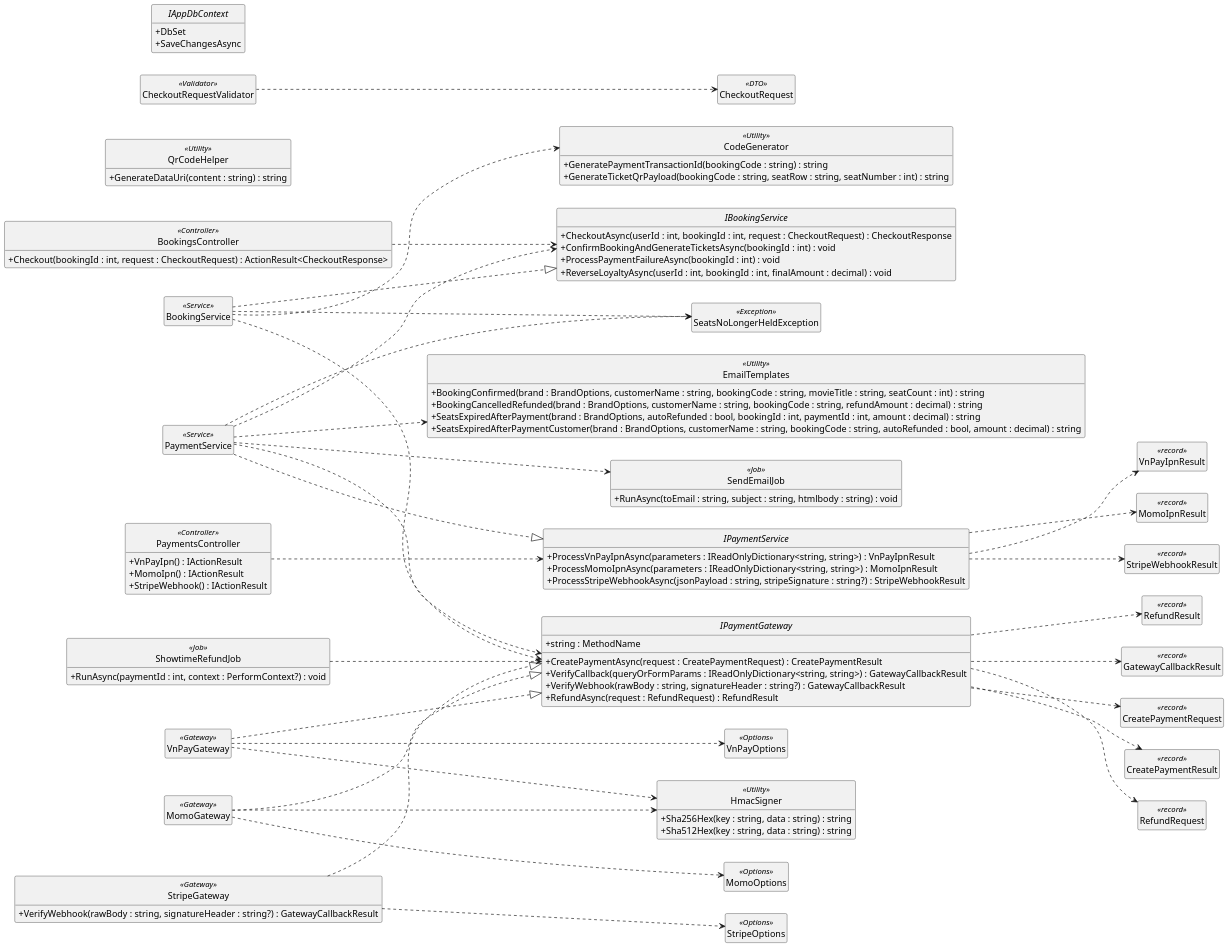
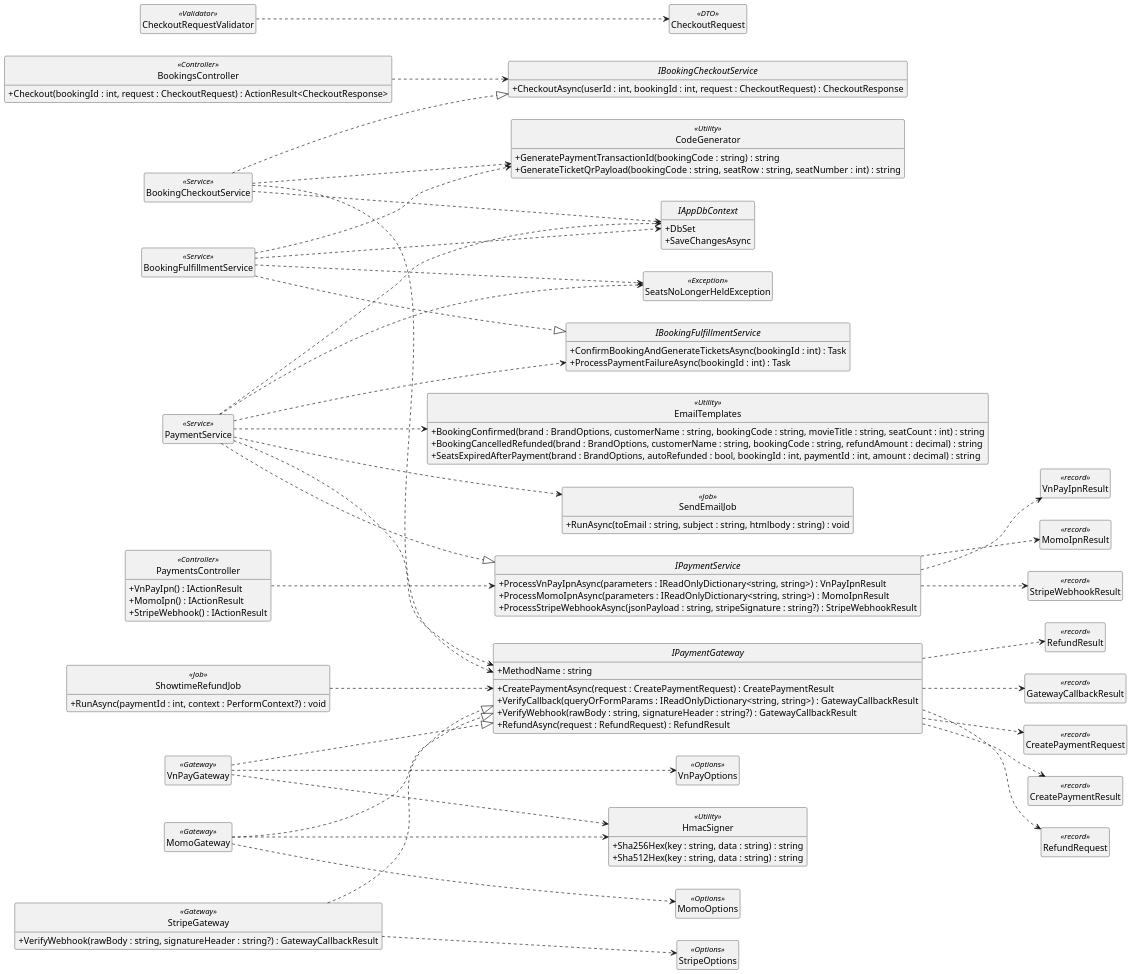
Before and after one commit to nguyenhiennnnn/cinema-v2: the diagram in docs/so-do/plantuml/hinh-4-10.puml, drawn with PlantUML. The commit also changed 24 other files, not shown here.

```diff
--- a/docs/so-do/plantuml/hinh-4-10.puml
+++ b/docs/so-do/plantuml/hinh-4-10.puml
@@ -1,116 +1,146 @@
 @startuml
 skinparam monochrome true
 skinparam shadowing false
 skinparam defaultFontName "Times New Roman"
 skinparam classAttributeIconSize 0
 skinparam dpi 150
 skinparam nodesep 35
 skinparam ranksep 55
 left to right direction
 hide circle
 hide empty members
+
 class BookingsController <<Controller>> {
   +Checkout(bookingId : int, request : CheckoutRequest) : ActionResult<CheckoutResponse>
 }
+
 class PaymentsController <<Controller>> {
   +VnPayIpn() : IActionResult
   +MomoIpn() : IActionResult
   +StripeWebhook() : IActionResult
 }
-interface IBookingService {
+
+interface IBookingCheckoutService {
   +CheckoutAsync(userId : int, bookingId : int, request : CheckoutRequest) : CheckoutResponse
-  +ConfirmBookingAndGenerateTicketsAsync(bookingId : int) : void
-  +ProcessPaymentFailureAsync(bookingId : int) : void
-  +ReverseLoyaltyAsync(userId : int, bookingId : int, finalAmount : decimal) : void
 }
+
+interface IBookingFulfillmentService {
+  +ConfirmBookingAndGenerateTicketsAsync(bookingId : int) : Task
+  +ProcessPaymentFailureAsync(bookingId : int) : Task
+}
+
 interface IPaymentService {
   +ProcessVnPayIpnAsync(parameters : IReadOnlyDictionary<string, string>) : VnPayIpnResult
   +ProcessMomoIpnAsync(parameters : IReadOnlyDictionary<string, string>) : MomoIpnResult
   +ProcessStripeWebhookAsync(jsonPayload : string, stripeSignature : string?) : StripeWebhookResult
 }
+
 interface IPaymentGateway {
-  +string : MethodName
+  +MethodName : string
   +CreatePaymentAsync(request : CreatePaymentRequest) : CreatePaymentResult
   +VerifyCallback(queryOrFormParams : IReadOnlyDictionary<string, string>) : GatewayCallbackResult
   +VerifyWebhook(rawBody : string, signatureHeader : string?) : GatewayCallbackResult
   +RefundAsync(request : RefundRequest) : RefundResult
 }
-class BookingService <<Service>>
+
+class BookingCheckoutService <<Service>>
+class BookingFulfillmentService <<Service>>
 class PaymentService <<Service>>
 class VnPayGateway <<Gateway>>
 class MomoGateway <<Gateway>>
 class StripeGateway <<Gateway>> {
   +VerifyWebhook(rawBody : string, signatureHeader : string?) : GatewayCallbackResult
 }
+
 class ShowtimeRefundJob <<Job>> {
   +RunAsync(paymentId : int, context : PerformContext?) : void
 }
+
 class SendEmailJob <<Job>> {
   +RunAsync(toEmail : string, subject : string, htmlbody : string) : void
 }
+
 class HmacSigner <<Utility>> {
   +Sha256Hex(key : string, data : string) : string
   +Sha512Hex(key : string, data : string) : string
 }
+
 class EmailTemplates <<Utility>> {
   +BookingConfirmed(brand : BrandOptions, customerName : string, bookingCode : string, movieTitle : string, seatCount : int) : string
   +BookingCancelledRefunded(brand : BrandOptions, customerName : string, bookingCode : string, refundAmount : decimal) : string
   +SeatsExpiredAfterPayment(brand : BrandOptions, autoRefunded : bool, bookingId : int, paymentId : int, amount : decimal) : string
-  +SeatsExpiredAfterPaymentCustomer(brand : BrandOptions, customerName : string, bookingCode : string, autoRefunded : bool, amount : decimal) : string
 }
-class QrCodeHelper <<Utility>> {
-  +GenerateDataUri(content : string) : string
-}
+
 class CodeGenerator <<Utility>> {
   +GeneratePaymentTransactionId(bookingCode : string) : string
   +GenerateTicketQrPayload(bookingCode : string, seatRow : string, seatNumber : int) : string
 }
+
 class SeatsNoLongerHeldException <<Exception>>
 class VnPayOptions <<Options>>
 class MomoOptions <<Options>>
 class StripeOptions <<Options>>
+
 class GatewayCallbackResult <<record>>
 class CreatePaymentRequest <<record>>
 class CreatePaymentResult <<record>>
 class VnPayIpnResult <<record>>
 class MomoIpnResult <<record>>
 class StripeWebhookResult <<record>>
 class RefundRequest <<record>>
 class RefundResult <<record>>
 class CheckoutRequestValidator <<Validator>>
+
 interface IAppDbContext {
   +DbSet
   +SaveChangesAsync
 }
+
 class CheckoutRequest <<DTO>>
-BookingsController ..> IBookingService
+
+BookingsController ..> IBookingCheckoutService
 PaymentsController ..> IPaymentService
-BookingService ..|> IBookingService
+
+BookingCheckoutService ..|> IBookingCheckoutService
+BookingFulfillmentService ..|> IBookingFulfillmentService
 PaymentService ..|> IPaymentService
+
 VnPayGateway ..|> IPaymentGateway
 MomoGateway ..|> IPaymentGateway
 StripeGateway ..|> IPaymentGateway
-PaymentService ..> IBookingService
+
+PaymentService ..> IBookingFulfillmentService
 PaymentService ..> IPaymentGateway
 PaymentService ..> SendEmailJob
 PaymentService ..> EmailTemplates
 PaymentService ..> SeatsNoLongerHeldException
-BookingService ..> IPaymentGateway
-BookingService ..> SeatsNoLongerHeldException
-BookingService ..> CodeGenerator
+
+BookingCheckoutService ..> IPaymentGateway
+BookingCheckoutService ..> CodeGenerator
+
+BookingFulfillmentService ..> CodeGenerator
+BookingFulfillmentService ..> SeatsNoLongerHeldException
+
 VnPayGateway ..> HmacSigner
 VnPayGateway ..> VnPayOptions
 MomoGateway ..> HmacSigner
 MomoGateway ..> MomoOptions
 StripeGateway ..> StripeOptions
+
 IPaymentGateway ..> GatewayCallbackResult
 IPaymentGateway ..> CreatePaymentRequest
 IPaymentGateway ..> CreatePaymentResult
 IPaymentGateway ..> RefundRequest
 IPaymentGateway ..> RefundResult
+
 IPaymentService ..> VnPayIpnResult
 IPaymentService ..> MomoIpnResult
 IPaymentService ..> StripeWebhookResult
+
 ShowtimeRefundJob ..> IPaymentGateway
 CheckoutRequestValidator ..> CheckoutRequest
+
+BookingCheckoutService ..> IAppDbContext
+BookingFulfillmentService ..> IAppDbContext
+PaymentService ..> IAppDbContext
 @enduml
```
